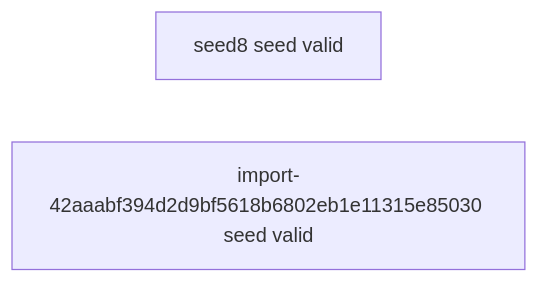
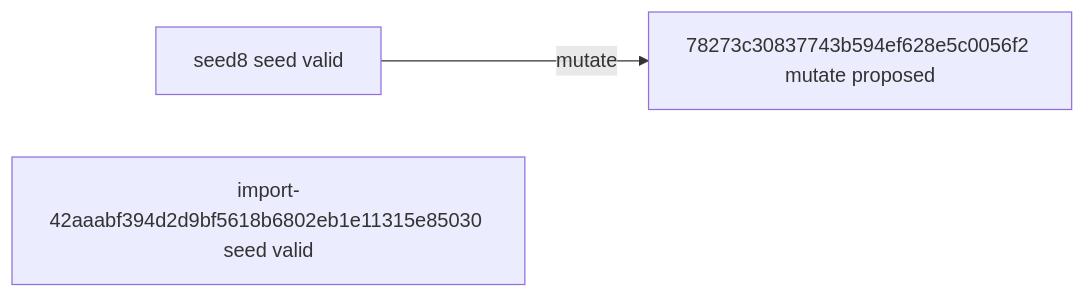
One commit to timbtz/feyer-search-lab changed the diagram in experiments/campaigns/discrete-local-v1/README.md. Above: the diagram before and after it, drawn with Mermaid. The commit also changed other lines of this file and 7 other files, not shown here.

````diff
--- a/experiments/campaigns/discrete-local-v1/README.md
+++ b/experiments/campaigns/discrete-local-v1/README.md
@@ -21,5 +21,7 @@
 ```mermaid
 graph LR
   n0["seed8 seed valid"]
   n1["import-42aaabf394d2d9bf5618b6802eb1e11315e85030 seed valid"]
+  n2["78273c30837743b594ef628e5c0056f2 mutate proposed"]
+  n0 -->|mutate| n2
 ```
````
